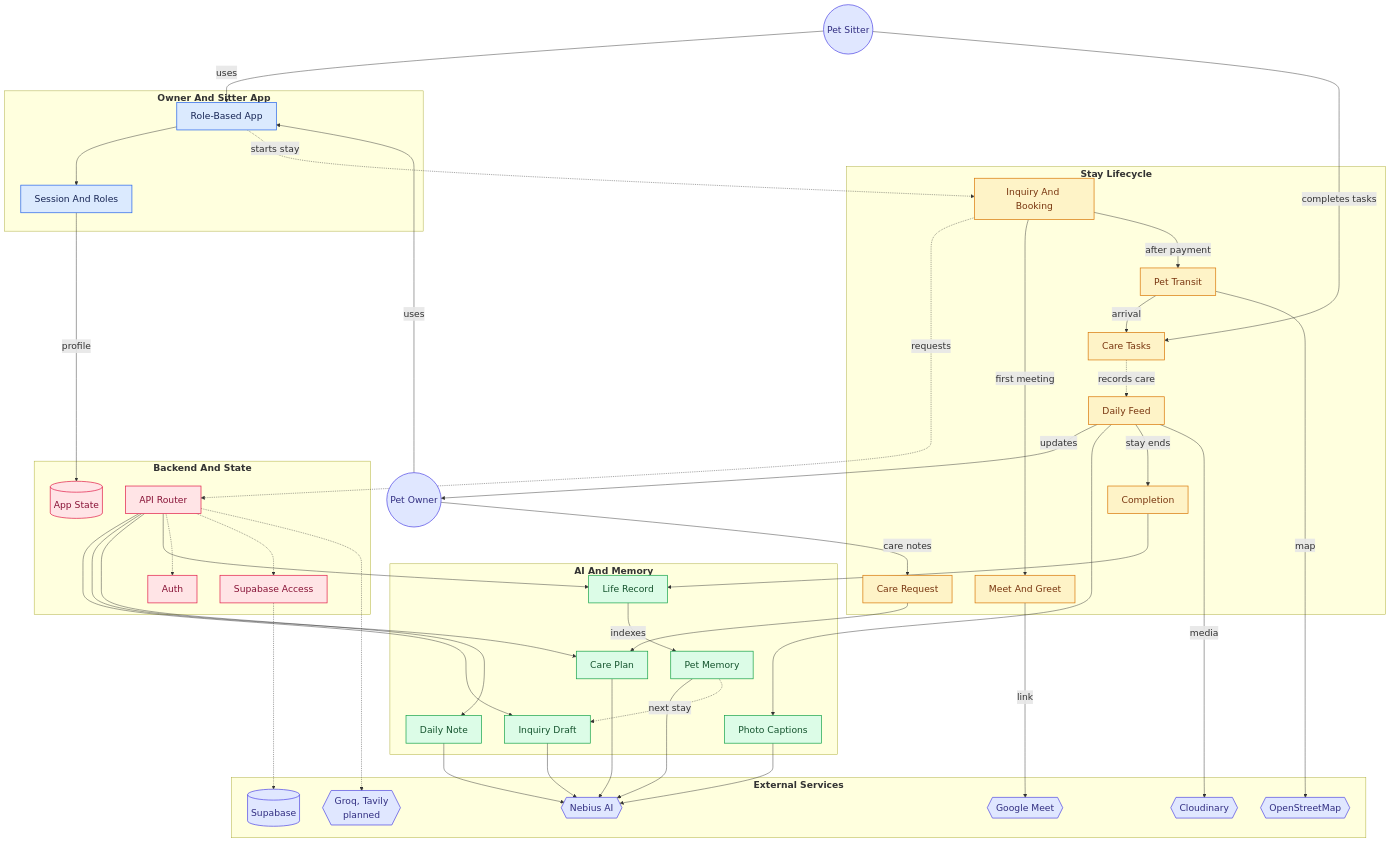
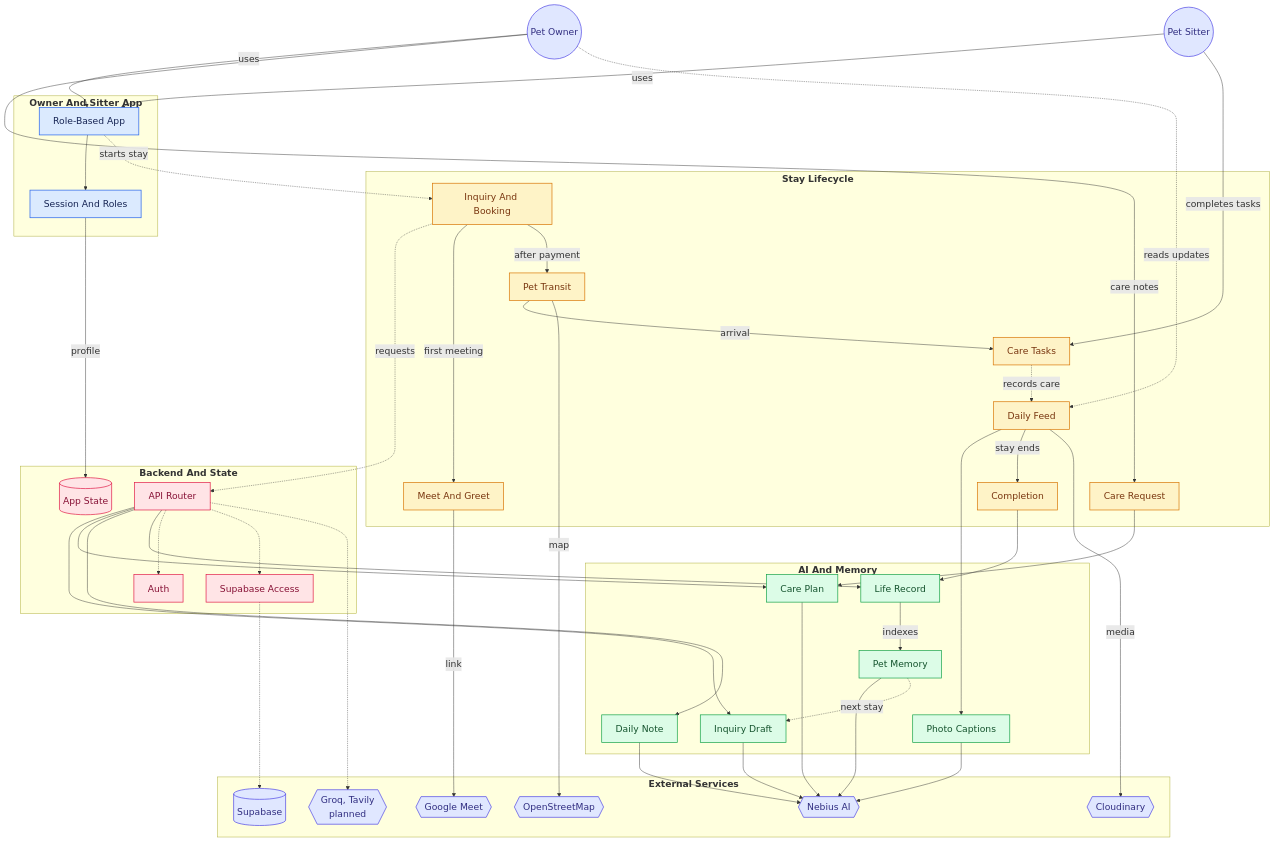
One commit to minsikpaul92/Goldito changed the diagram in README.md. Above: the diagram before and after it, drawn with Mermaid.

Commit message:
docs: put Pet Owner beside Pet Sitter at the top of the architecture diagram

```diff
--- a/README.md
+++ b/README.md
@@ -355,7 +355,7 @@
 node_transit -->|"arrival"| node_care_tasks
 node_sitter -->|"completes tasks"| node_care_tasks
 node_care_tasks -.->|"records care"| node_daily_updates
-node_daily_updates -->|"updates"| node_owner
+node_owner -.->|"reads updates"| node_daily_updates
 node_daily_updates --> node_ai_caption
 node_daily_updates -->|"stay ends"| node_completion
 node_completion --> node_ai_life
```
